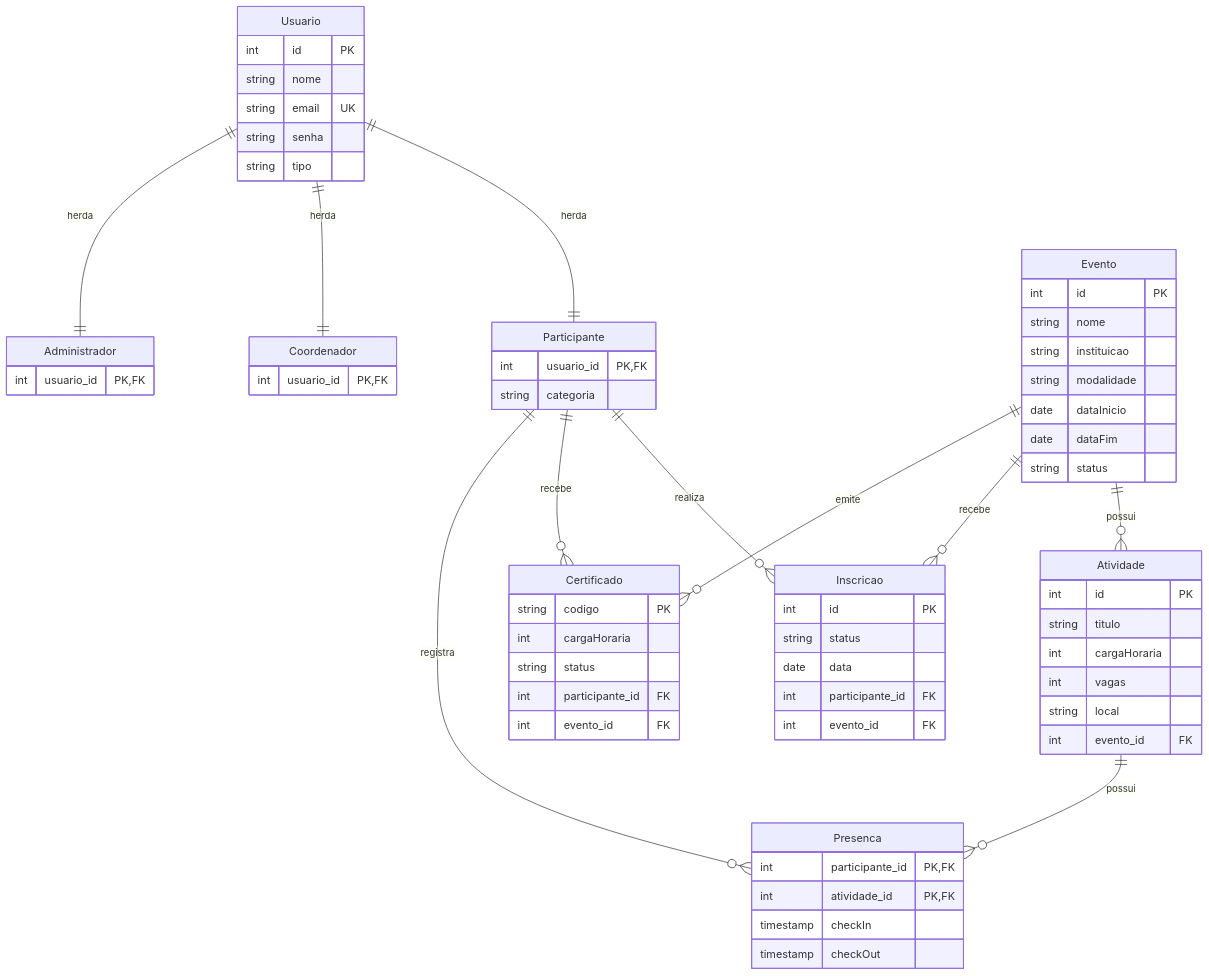
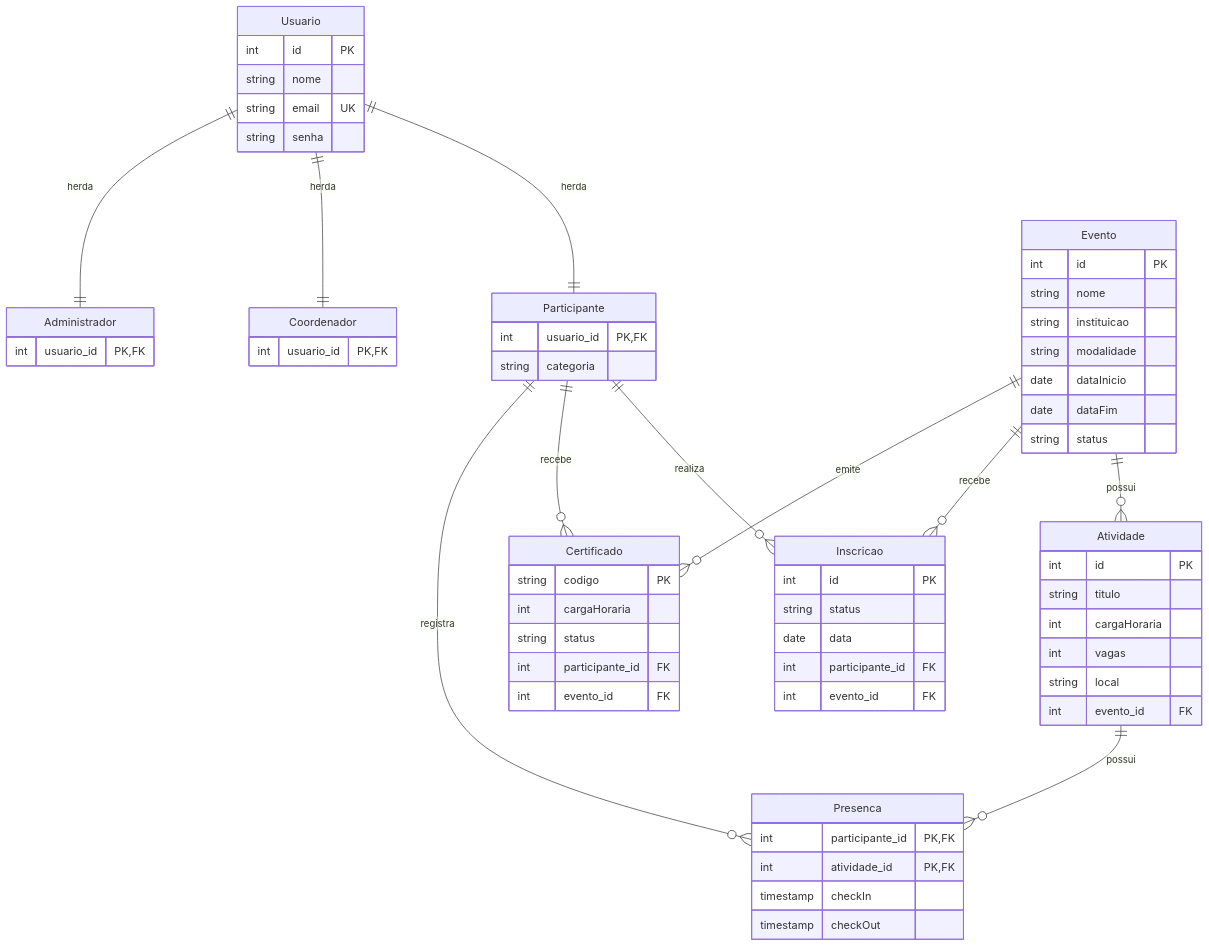
One commit to Luiz-Fernando-Policarpo-Leandro/SGEA changed the first of 3 diagrams in database.md. Above: the diagram before and after it, drawn with Mermaid. The commit also changed other lines of this file and 1032 other files, not shown here.

````diff
--- a/database.md
+++ b/database.md
@@ -14,76 +15,75 @@
 ```mermaid
 erDiagram
     Usuario ||--|| Participante : "herda"
     Usuario ||--|| Coordenador : "herda"
     Usuario ||--|| Administrador : "herda"
     Evento ||--o{ Atividade : "possui"
     Evento ||--o{ Inscricao : "recebe"
     Evento ||--o{ Certificado : "emite"
     Participante ||--o{ Inscricao : "realiza"
     Participante ||--o{ Certificado : "recebe"
     Participante ||--o{ Presenca : "registra"
     Atividade ||--o{ Presenca : "possui"
 
     Usuario {
         int id PK
         string nome
         string email UK
         string senha
-        string tipo
     }
 
     Participante {
         int usuario_id PK,FK
         string categoria
     }
 
     Coordenador {
         int usuario_id PK,FK
     }
 
     Administrador {
         int usuario_id PK,FK
     }
 
     Evento {
         int id PK
         string nome
         string instituicao
         string modalidade
         date dataInicio
         date dataFim
         string status
     }
 
     Atividade {
         int id PK
         string titulo
         int cargaHoraria
         int vagas
         string local
         int evento_id FK
     }
 
     Inscricao {
         int id PK
         string status
         date data
         int participante_id FK
         int evento_id FK
     }
 
     Certificado {
         string codigo PK
         int cargaHoraria
         string status
         int participante_id FK
         int evento_id FK
     }
 
     Presenca {
         int participante_id PK,FK
         int atividade_id PK,FK
         timestamp checkIn
         timestamp checkOut
     }
 ```
````
